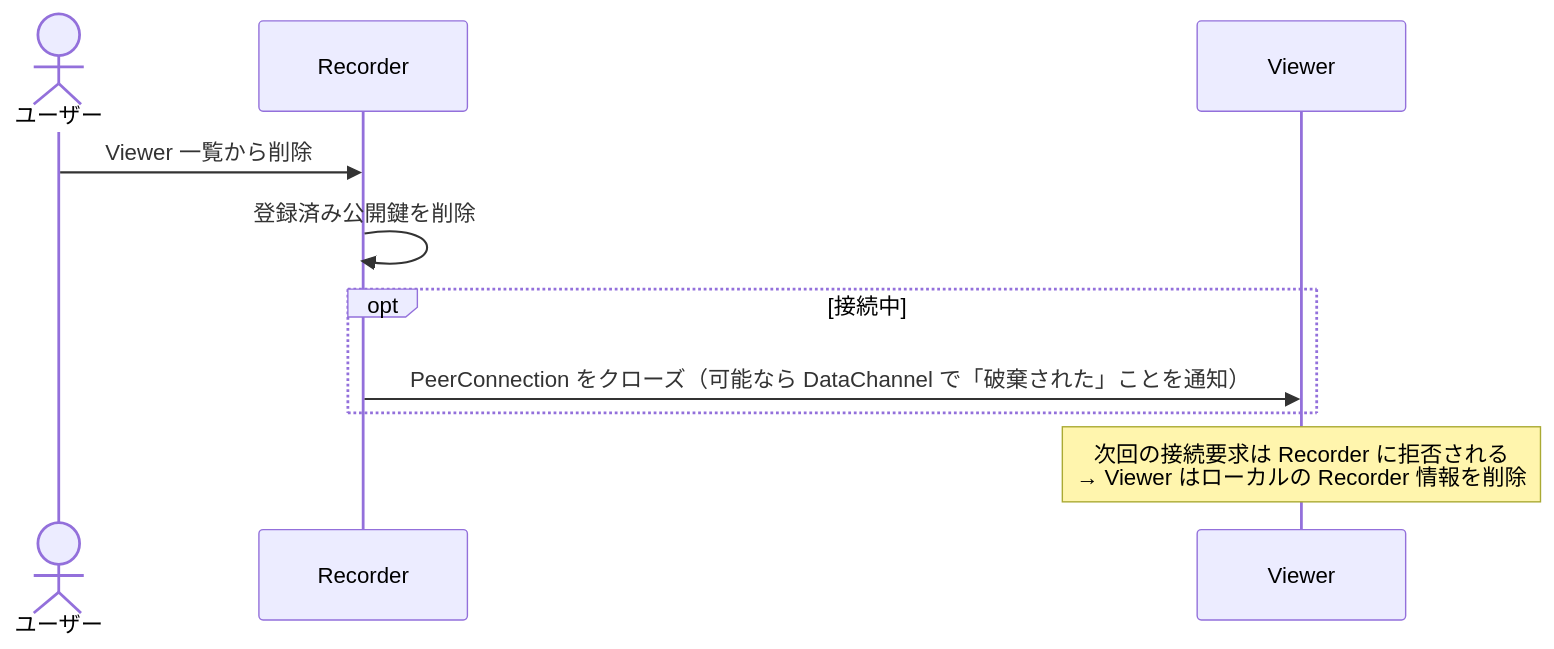
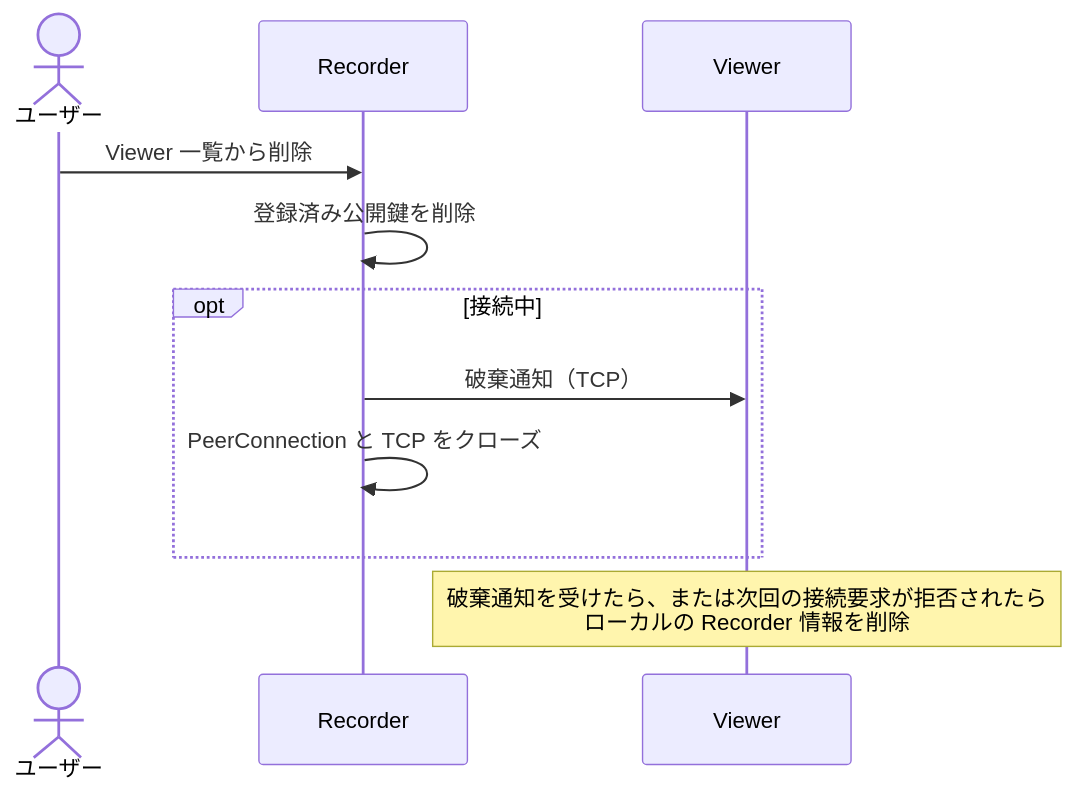
One commit to mtkw0127/Mimamori changed the fourth of 4 diagrams in docs/architecture.md. Above: the diagram before and after it, drawn with Mermaid. The commit also changed other lines of this file and 28 other files, not shown here.

````diff
--- a/docs/architecture.md
+++ b/docs/architecture.md
@@ -161,13 +187,14 @@
 ```mermaid
 sequenceDiagram
     actor U as ユーザー
     participant R as Recorder
     participant V as Viewer
 
     U->>R: Viewer 一覧から削除
     R->>R: 登録済み公開鍵を削除
     opt 接続中
-        R->>V: PeerConnection をクローズ（可能なら DataChannel で「破棄された」ことを通知）
+        R->>V: 破棄通知（TCP）
+        R->>R: PeerConnection と TCP をクローズ
     end
-    Note over V: 次回の接続要求は Recorder に拒否される<br/>→ Viewer はローカルの Recorder 情報を削除
+    Note over V: 破棄通知を受けたら、または次回の接続要求が拒否されたら<br/>ローカルの Recorder 情報を削除
 ```
````
